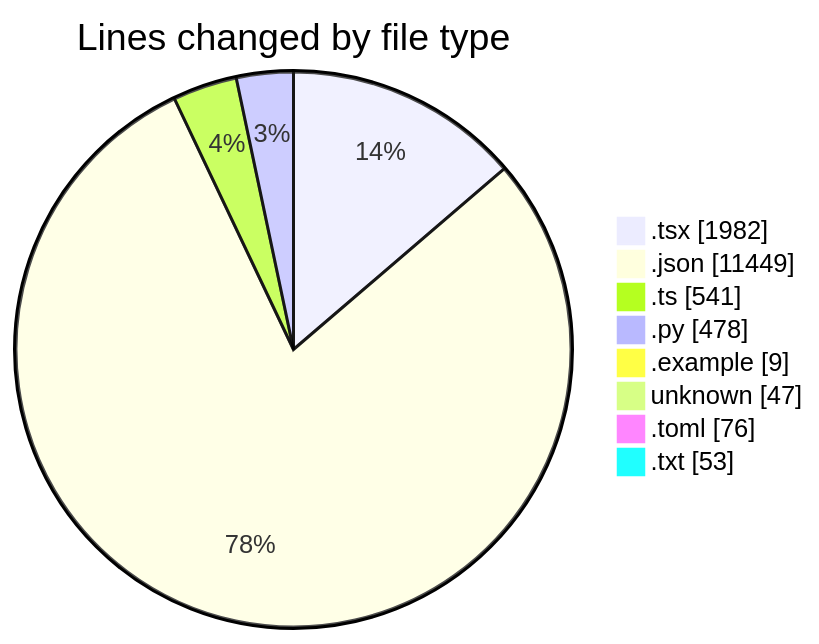
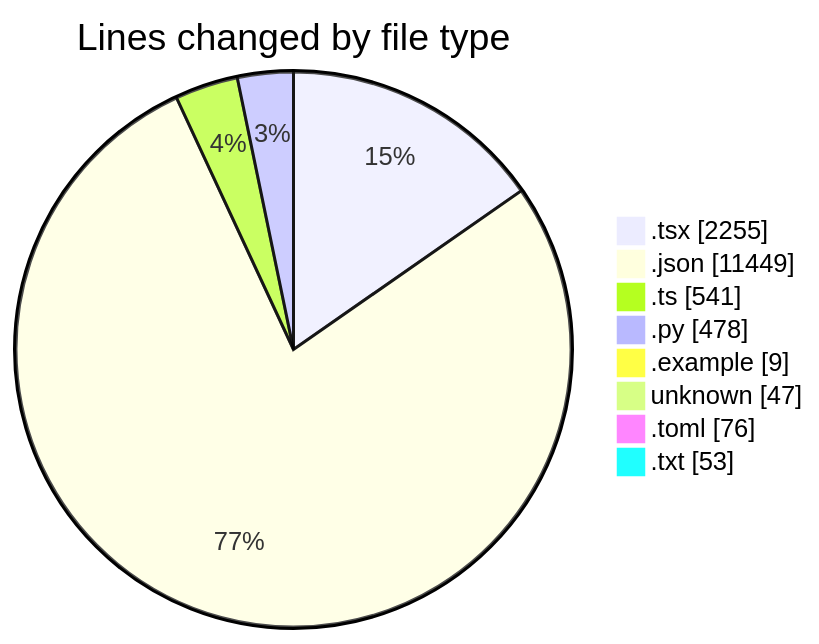
The first of 2 diagrams in 2025-04-30/niten/README.md (Elitesun/code-tracking), drawn with Mermaid before and after one commit. The commit also changed other lines of this file and 1 other file, not shown here.

````diff
--- a/2025-04-30/niten/README.md
+++ b/2025-04-30/niten/README.md
@@ -68,12 +69,12 @@
 ```mermaid
 pie showData
 title Lines changed by file type
-".tsx" : 1982
+".tsx" : 2255
 ".json" : 11449
 ".ts" : 541
 ".py" : 478
 ".example" : 9
 "unknown" : 47
 ".toml" : 76
 ".txt" : 53
 ```
````
